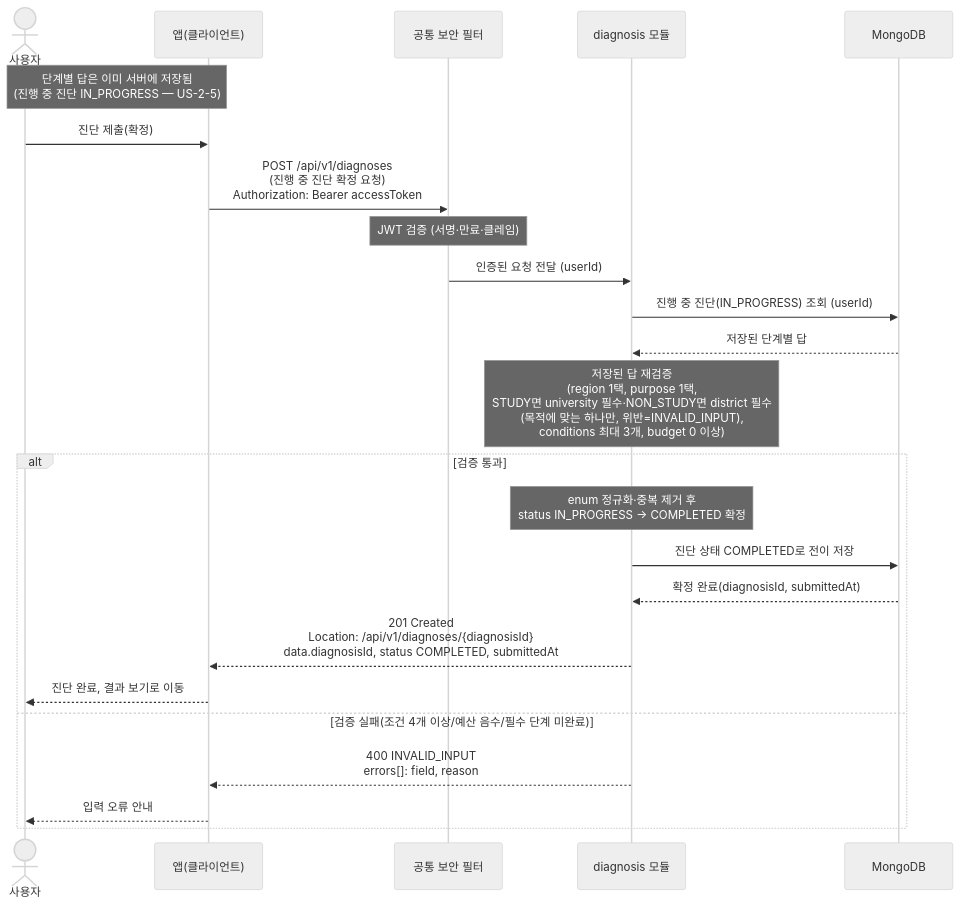
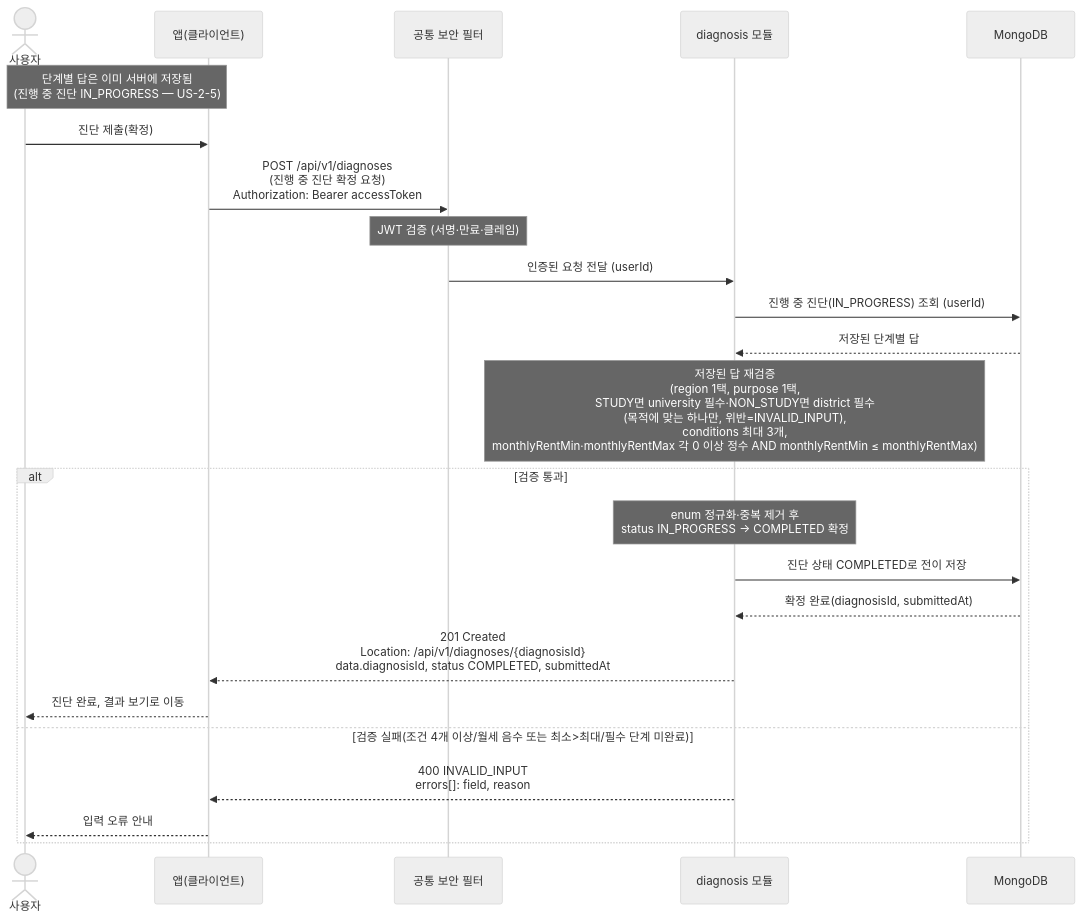
One commit to jameskim9509/Kohere-backend changed the diagram in docs/architecture/sequence-diagrams/02-diagnosis-recommendation/us-2-1-submit-diagnosis.md. Above: the diagram before and after it, drawn with Mermaid (neutral theme). The commit also changed other lines of this file and 10 other files, not shown here.

````diff
--- a/docs/architecture/sequence-diagrams/02-diagnosis-recommendation/us-2-1-submit-diagnosis.md
+++ b/docs/architecture/sequence-diagrams/02-diagnosis-recommendation/us-2-1-submit-diagnosis.md
@@ -5,27 +5,27 @@
 ```mermaid
 sequenceDiagram
     actor U as 사용자
     participant C as 앱(클라이언트)
     participant SEC as 공통 보안 필터
     participant DIAG as diagnosis 모듈
     participant DB as MongoDB
 
     Note over U,C: 단계별 답은 이미 서버에 저장됨<br/>(진행 중 진단 IN_PROGRESS — US-2-5)
     U->>C: 진단 제출(확정)
     C->>SEC: POST /api/v1/diagnoses<br/>(진행 중 진단 확정 요청)<br/>Authorization: Bearer accessToken
     Note over SEC: JWT 검증 (서명·만료·클레임)
     SEC->>DIAG: 인증된 요청 전달 (userId)
     DIAG->>DB: 진행 중 진단(IN_PROGRESS) 조회 (userId)
     DB-->>DIAG: 저장된 단계별 답
-    Note over DIAG: 저장된 답 재검증<br/>(region 1택, purpose 1택,<br/>STUDY면 university 필수·NON_STUDY면 district 필수<br/>(목적에 맞는 하나만, 위반=INVALID_INPUT),<br/>conditions 최대 3개, budget 0 이상)
+    Note over DIAG: 저장된 답 재검증<br/>(region 1택, purpose 1택,<br/>STUDY면 university 필수·NON_STUDY면 district 필수<br/>(목적에 맞는 하나만, 위반=INVALID_INPUT),<br/>conditions 최대 3개,<br/>monthlyRentMin·monthlyRentMax 각 0 이상 정수 AND monthlyRentMin ≤ monthlyRentMax)
     alt 검증 통과
         Note over DIAG: enum 정규화·중복 제거 후<br/>status IN_PROGRESS → COMPLETED 확정
         DIAG->>DB: 진단 상태 COMPLETED로 전이 저장
         DB-->>DIAG: 확정 완료(diagnosisId, submittedAt)
         DIAG-->>C: 201 Created<br/>Location: /api/v1/diagnoses/{diagnosisId}<br/>data.diagnosisId, status COMPLETED, submittedAt
         C-->>U: 진단 완료, 결과 보기로 이동
-    else 검증 실패(조건 4개 이상/예산 음수/필수 단계 미완료)
+    else 검증 실패(조건 4개 이상/월세 음수 또는 최소>최대/필수 단계 미완료)
         DIAG-->>C: 400 INVALID_INPUT<br/>errors[]: field, reason
         C-->>U: 입력 오류 안내
     end
 ```
````
